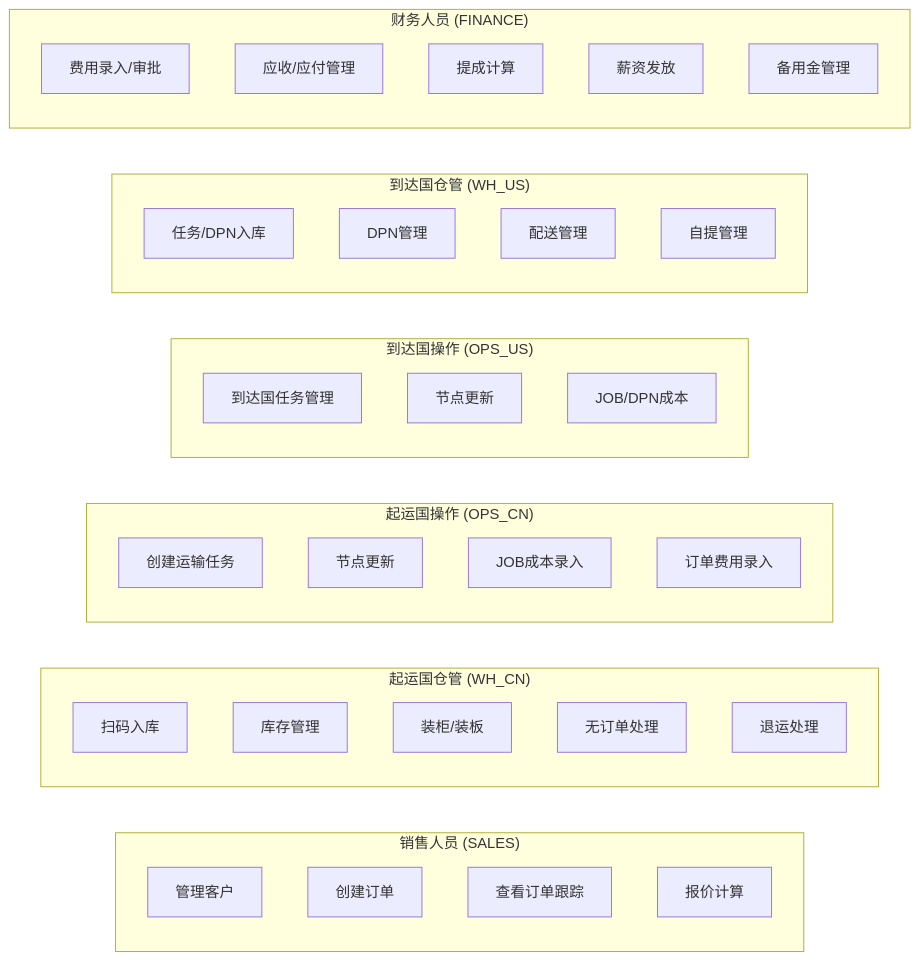
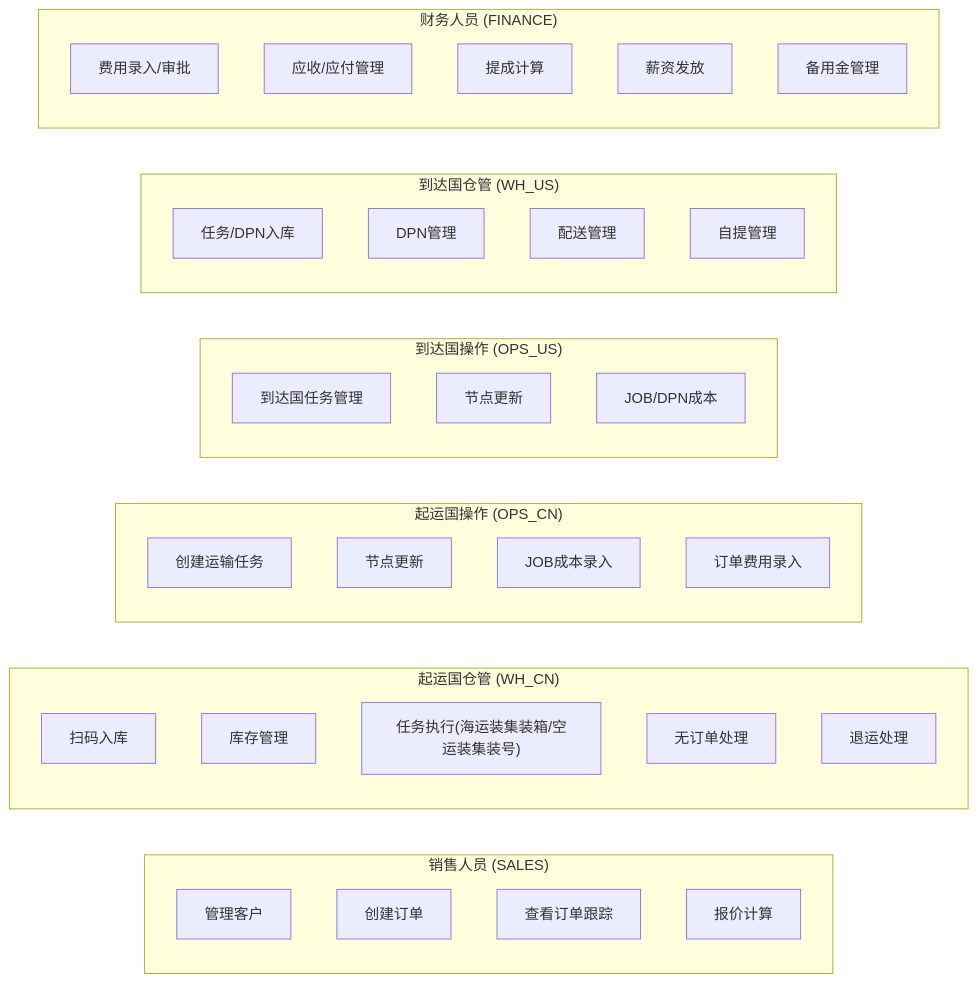
The fifth of 27 diagrams in .kiro/specs/full-system-requirements/modules/00-系统总体需求规格说明书-20260408.md (Yitiaoyu686/logistics-app), drawn with Mermaid before and after one commit. The commit also changed other lines of this file and 3 other files, not shown here.

````diff
--- a/.kiro/specs/full-system-requirements/modules/00-系统总体需求规格说明书-20260408.md
+++ b/.kiro/specs/full-system-requirements/modules/00-系统总体需求规格说明书-20260408.md
@@ -208,45 +208,45 @@
 ```mermaid
 graph LR
     subgraph 销售["销售人员 (SALES)"]
         S1["管理客户"]
         S2["创建订单"]
         S3["查看订单跟踪"]
         S4["报价计算"]
     end
 
     subgraph 起运仓["起运国仓管 (WH_CN)"]
         W1["扫码入库"]
         W2["库存管理"]
-        W3["装柜/装板"]
+        W3["任务执行(海运装集装箱/空运装集装号)"]
         W4["无订单处理"]
         W5["退运处理"]
     end
 
     subgraph 起运操作["起运国操作 (OPS_CN)"]
         O1["创建运输任务"]
         O2["节点更新"]
         O3["JOB成本录入"]
         O4["订单费用录入"]
     end
 
     subgraph 到达操作["到达国操作 (OPS_US)"]
         D1["到达国任务管理"]
         D2["节点更新"]
         D3["JOB/DPN成本"]
     end
 
     subgraph 到达仓["到达国仓管 (WH_US)"]
         DW1["任务/DPN入库"]
         DW2["DPN管理"]
         DW3["配送管理"]
         DW4["自提管理"]
     end
 
     subgraph 财务["财务人员 (FINANCE)"]
         F1["费用录入/审批"]
         F2["应收/应付管理"]
         F3["提成计算"]
         F4["薪资发放"]
         F5["备用金管理"]
     end
 ```
````
